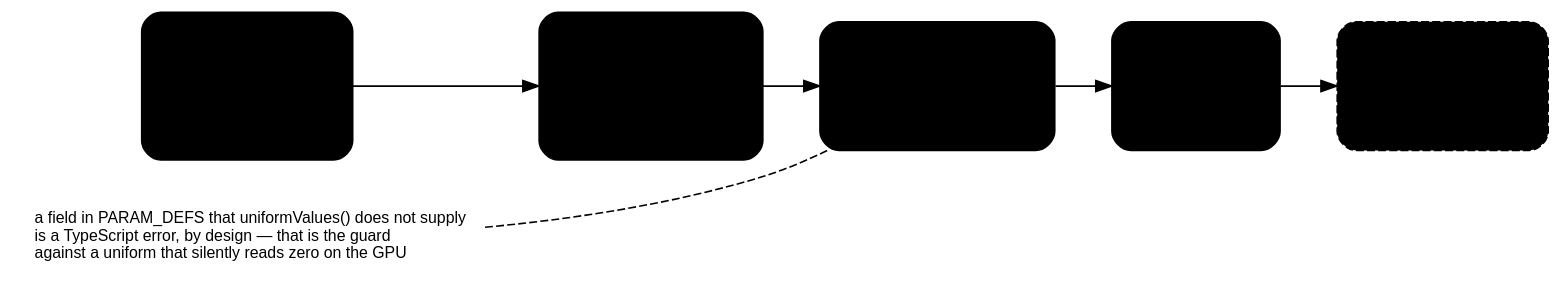
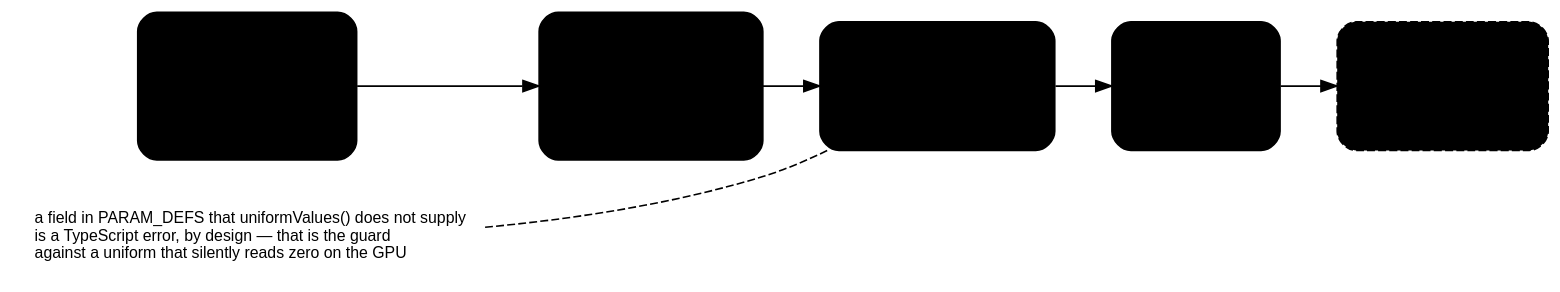
Before and after one commit to cmdcolin/ntsc.js: the diagram in docs/graphviz/controls.dot, drawn with Graphviz. The commit also changed 15 other files, not shown here.

```diff
--- a/docs/graphviz/controls.dot
+++ b/docs/graphviz/controls.dot
@@ -1,26 +1,26 @@
 // Adding a control end to end — see docs/ARCHITECTURE.md "Params are generated,
 // not hand-written". Five files, one value. The dashed brace is the guard that
 // makes a half-finished control a compile error rather than a silent zero.
 // Colours are placeholder tokens — render with `pnpm run docs`.
 digraph ntsc_js_controls {
   rankdir=LR;
   bgcolor="transparent";
   nodesep=0.3;
   ranksep=0.5;
   fontname="Helvetica,Arial,sans-serif";
   node [shape=box style="rounded,filled" fontname="Helvetica,Arial,sans-serif"
         fontsize=11 color="@STROKE@" fontcolor="@FG@" penwidth=1 margin="0.2,0.14"];
   edge [fontname="Helvetica,Arial,sans-serif" fontsize=9 color="@EDGE@" fontcolor="@EDGE@"];
 
-  def  [fillcolor="@ENC1@" label="PARAM_DEFS\lsrc/gpu/prelude.ts\l\lthe GPU-side field.\lfield order here IS the\lGPU memory layout\l"];
-  ctl  [fillcolor="@SRC@" label="DEFAULT_CONTROLS\lsrc/controls.ts\l\lthe user-facing value,\lin physical units\l(µs, Hz, IRE)\l"];
-  uni  [fillcolor="@CH1@" label="uniformValues()\lsrc/gpu/pipeline.ts\l\lconvert units, fold in\lany per-frame CPU state\l"];
+  def  [fillcolor="@ENC1@" label="PARAM_DEFS\lsrc/core/gpu/prelude.ts\l\lthe GPU-side field.\lfield order here IS the\lGPU memory layout\l"];
+  ctl  [fillcolor="@SRC@" label="DEFAULT_CONTROLS\lsrc/core/controls.ts\l\lthe user-facing value,\lin physical units\l(µs, Hz, IRE)\l"];
+  uni  [fillcolor="@CH1@" label="uniformValues()\lsrc/core/gpu/pipeline.ts\l\lconvert units, fold in\lany per-frame CPU state\l"];
   ui   [fillcolor="@RX1@" label="GROUPS\lsrc/ui/controls.ts\l\lthe slider. every\lcontrol has one\l"];
   pre  [fillcolor="@DSP@" style="rounded,filled,dashed" label="presets\lsrc/ui/presets.ts\l\loptional — a look that\lreaches for it\l"];
 
   def -> ctl -> uni -> ui -> pre;
 
   guard [shape=plaintext fillcolor="transparent" fontsize=10 fontcolor="@GOLD@"
          label="a field in PARAM_DEFS that uniformValues() does not supply\lis a TypeScript error, by design — that is the guard\lagainst a uniform that silently reads zero on the GPU\l"];
   uni -> guard [style=dashed color="@GOLD@" arrowhead=none constraint=false];
 }
```
